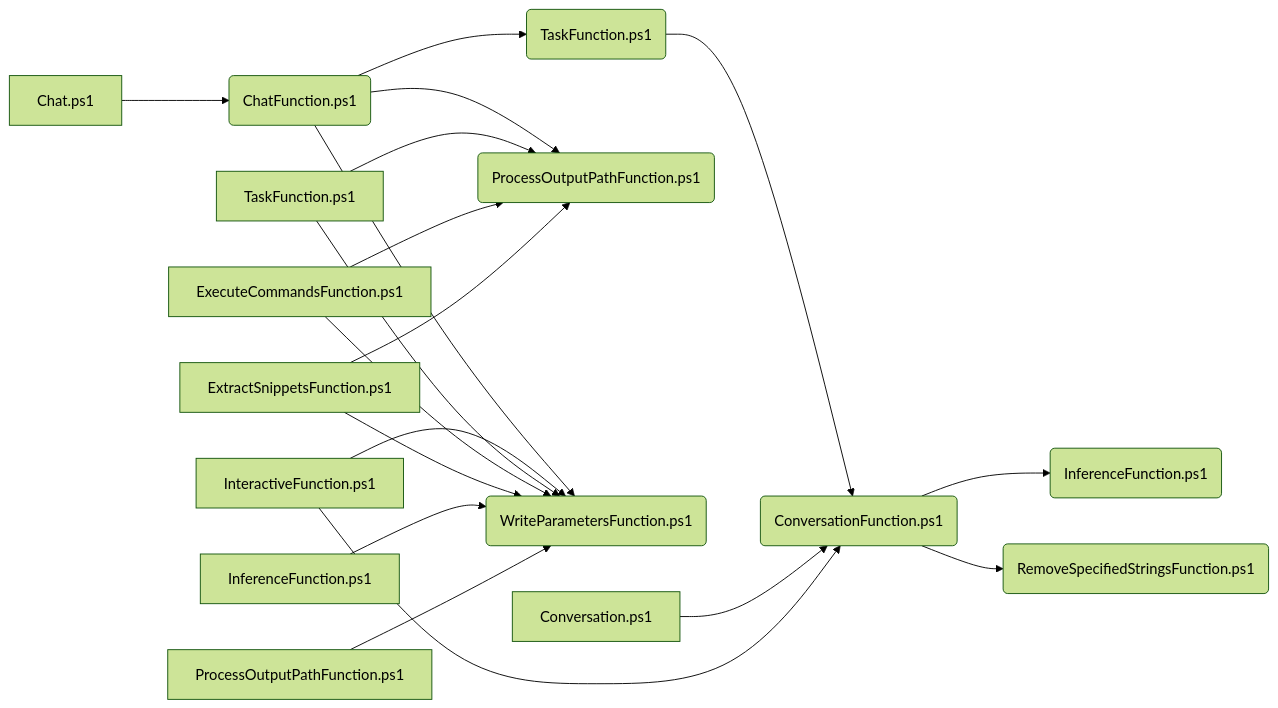
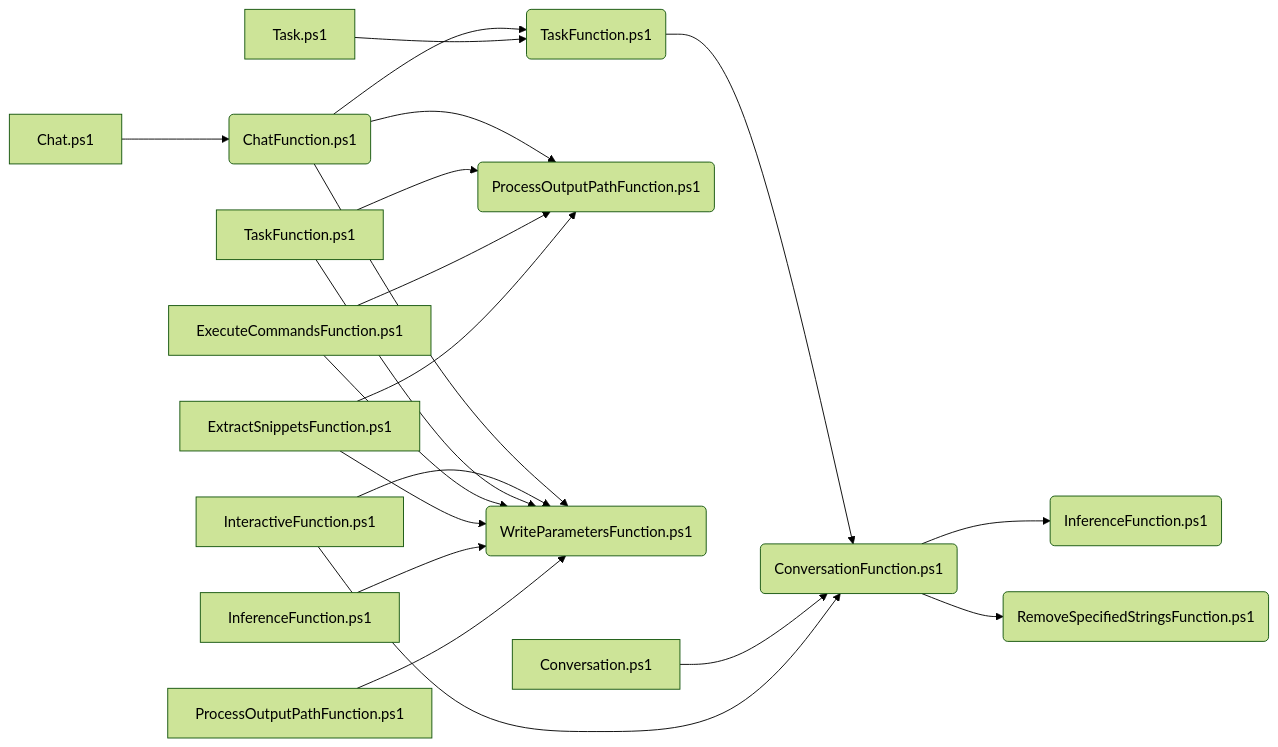
One commit to SparklingDetergent/src_genai_Script_to_use_local_LLM_with_llama.cpp_and_PowerShell changed the fourth of 6 diagrams in README.md. Above: the diagram before and after it, drawn with Mermaid (forest theme). The commit also changed other lines of this file, not shown here.

````diff
--- a/README.md
+++ b/README.md
@@ -79,21 +81,22 @@
 ```mermaid
 graph LR
     A[Chat.ps1] --> B(ChatFunction.ps1)
     B --> C(TaskFunction.ps1)
+    Z[Task.ps1] --> C
     B --> D(ProcessOutputPathFunction.ps1)
     B --> E(WriteParametersFunction.ps1)
     C --> F(ConversationFunction.ps1)
     F --> G(InferenceFunction.ps1)
     F --> H(RemoveSpecifiedStringsFunction.ps1)
     Conversation.ps1 --> F
     InteractiveFunction.ps1 --> F
     InteractiveFunction.ps1 --> E
     TaskFunction.ps1 --> E
     TaskFunction.ps1 --> D
     ExecuteCommandsFunction.ps1 --> E
     ExecuteCommandsFunction.ps1 --> D
     ExtractSnippetsFunction.ps1 --> E
     ExtractSnippetsFunction.ps1 --> D
     InferenceFunction.ps1 --> E
     ProcessOutputPathFunction.ps1 --> E
 ```
````
